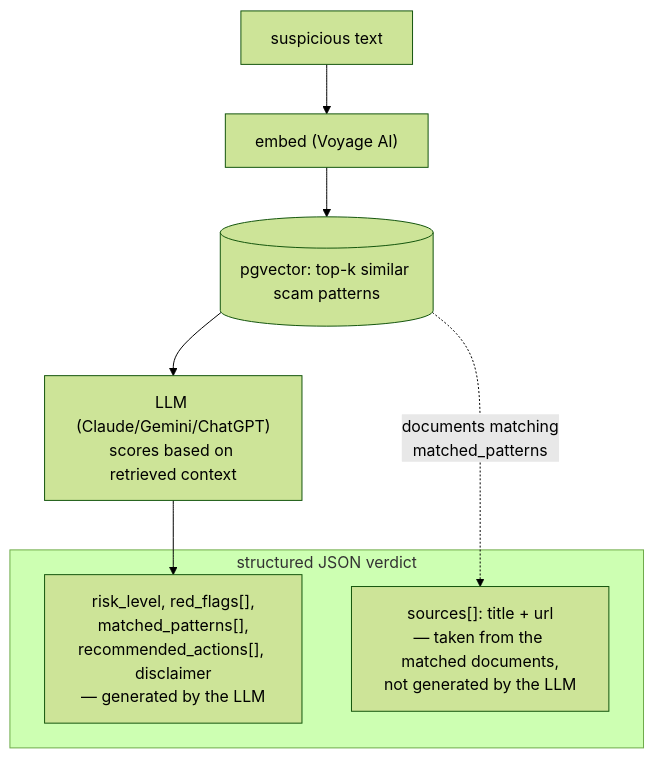
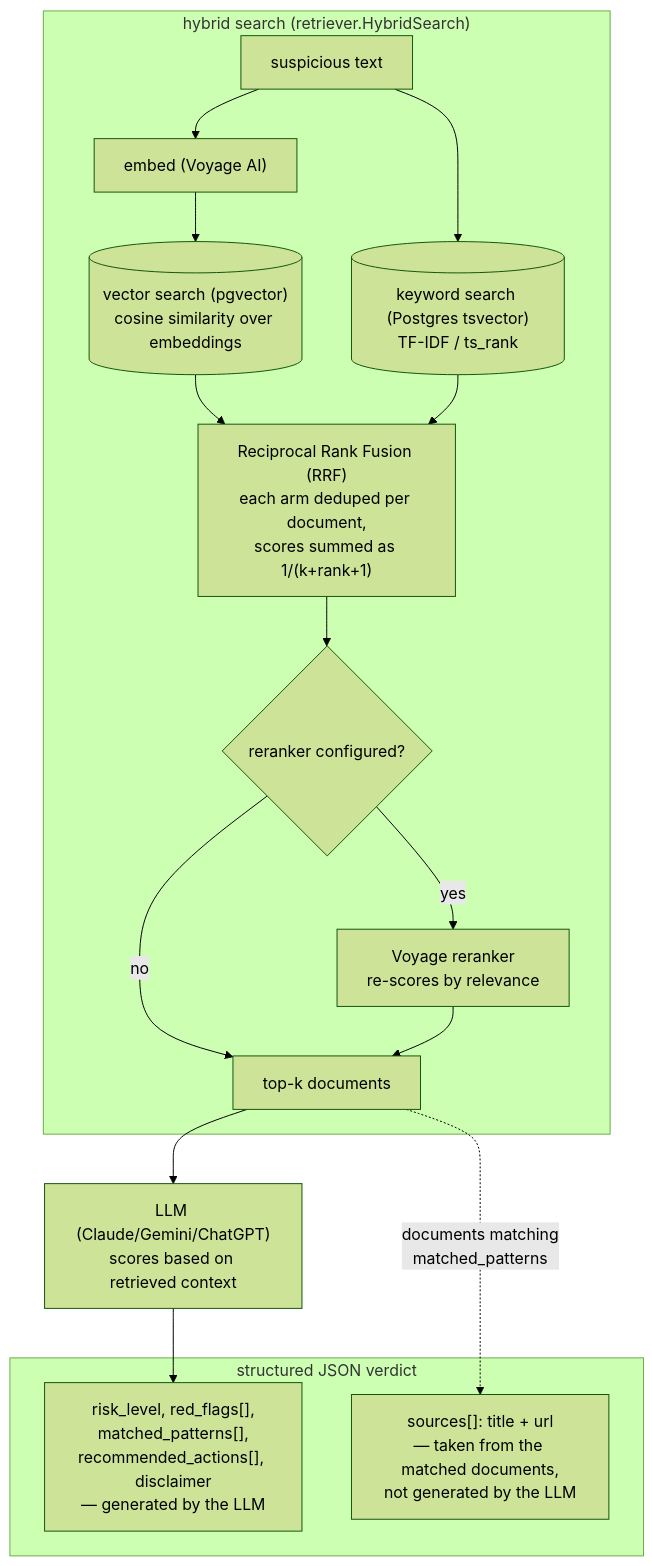
The first of 2 diagrams in README-en.md (chamlai-vn/chamlai-vn-backend), drawn with Mermaid (forest theme) before and after one commit. The commit also changed 1 other file, not shown here.

Commit message:
docs(readme): show hybrid retrieval mechanics in the diagram
Expand the pgvector node into the actual retriever.HybridSearch steps
— vector search + keyword (tsvector/TF-IDF) search fused with RRF,
then optionally reranked — instead of hiding the fusion behind a
single "top-k" box.

````diff
--- a/README-en.md
+++ b/README-en.md
@@ -27,14 +27,25 @@
 ```mermaid
 flowchart TD
     A["suspicious text"] --> B["embed (Voyage AI)"]
-    B --> C[("pgvector: top-k similar scam patterns")]
-    C --> D["LLM (Claude/Gemini/ChatGPT)<br/>scores based on retrieved context"]
+
+    subgraph RETRIEVE["hybrid search (retriever.HybridSearch)"]
+        B --> V[("vector search (pgvector)<br/>cosine similarity over embeddings")]
+        A --> K[("keyword search (Postgres tsvector)<br/>TF-IDF / ts_rank")]
+        V --> RRF["Reciprocal Rank Fusion (RRF)<br/>each arm deduped per document,<br/>scores summed as 1/(k+rank+1)"]
+        K --> RRF
+        RRF --> RERANK{"reranker configured?"}
+        RERANK -->|"yes"| RR["Voyage reranker<br/>re-scores by relevance"]
+        RERANK -->|"no"| TOPK["top-k documents"]
+        RR --> TOPK
+    end
+
+    TOPK --> D["LLM (Claude/Gemini/ChatGPT)<br/>scores based on retrieved context"]
 
     subgraph RESULT["structured JSON verdict"]
         E["risk_level, red_flags[],<br/>matched_patterns[],<br/>recommended_actions[], disclaimer<br/>— generated by the LLM"]
         F["sources[]: title + url<br/>— taken from the matched documents,<br/>not generated by the LLM"]
     end
 
     D --> E
-    C -.->|"documents matching<br/>matched_patterns"| F
+    TOPK -.->|"documents matching<br/>matched_patterns"| F
 ```
````
